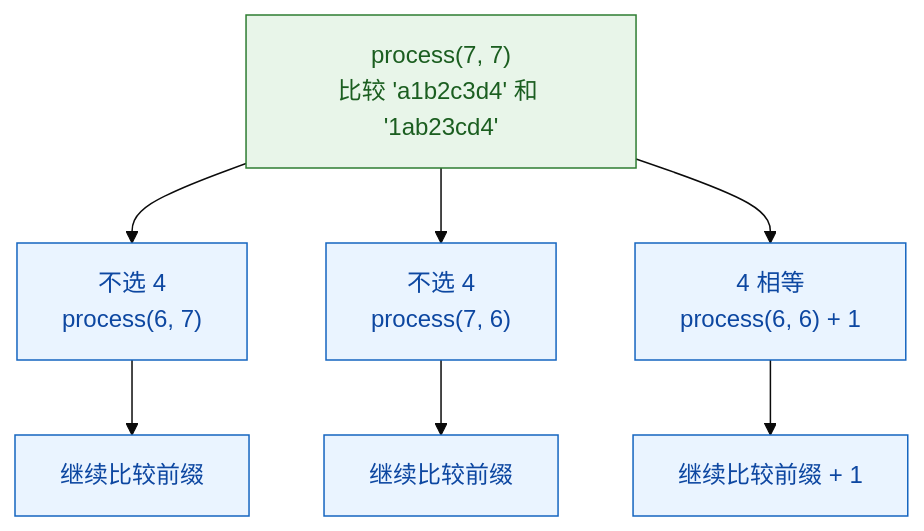
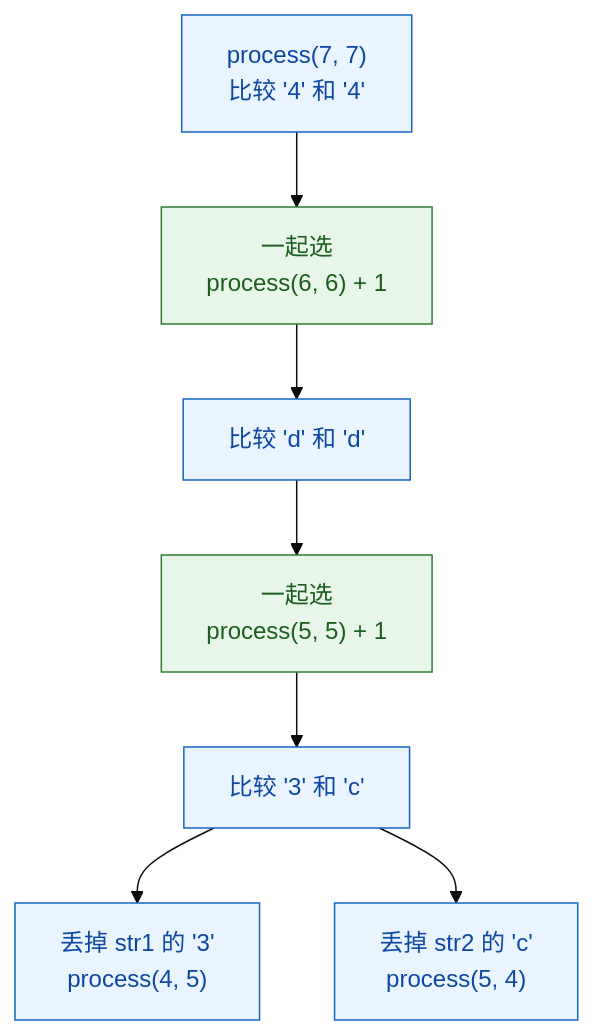
The third of 3 diagrams in my-notes/01-基础巩固/13-暴力递归到动态规划2-尝试模型/14-尝试模型3-多样本位置对应-最长公共子序列.md (freeedoooooo/algs), drawn with Mermaid (base theme) before and after one commit. The commit also changed other lines of this file and 3 other files, not shown here.

````diff
--- a/my-notes/01-基础巩固/13-暴力递归到动态规划2-尝试模型/14-尝试模型3-多样本位置对应-最长公共子序列.md
+++ b/my-notes/01-基础巩固/13-暴力递归到动态规划2-尝试模型/14-尝试模型3-多样本位置对应-最长公共子序列.md
@@ -146,15 +166,14 @@
 ```mermaid
 graph TB
-    A["process(7, 7)<br/>比较 'a1b2c3d4' 和 '1ab23cd4'"] --> B["不选 4<br/>process(6, 7)"]
-    A --> C["不选 4<br/>process(7, 6)"]
-    A --> D["4 相等<br/>process(6, 6) + 1"]
-
-    B --> E["继续比较前缀"]
-    C --> F["继续比较前缀"]
-    D --> G["继续比较前缀 + 1"]
+    A["process(7, 7)<br/>比较 '4' 和 '4'"] --> B["一起选<br/>process(6, 6) + 1"]
+    B --> C["比较 'd' 和 'd'"]
+    C --> D["一起选<br/>process(5, 5) + 1"]
+    D --> E["比较 '3' 和 'c'"]
+    E --> F["丢掉 str1 的 '3'<br/>process(4, 5)"]
+    E --> G["丢掉 str2 的 'c'<br/>process(5, 4)"]
 
     classDef chosen fill:#E8F5E9,stroke:#2E7D32,color:#1B5E20;
     classDef normal fill:#EAF4FF,stroke:#1565C0,color:#0D47A1;
-    class B,C,D,E,F,G normal;
-    class A chosen;
+    class A,B,C,D,E,F,G normal;
+    class B,D chosen;
 ```
````
